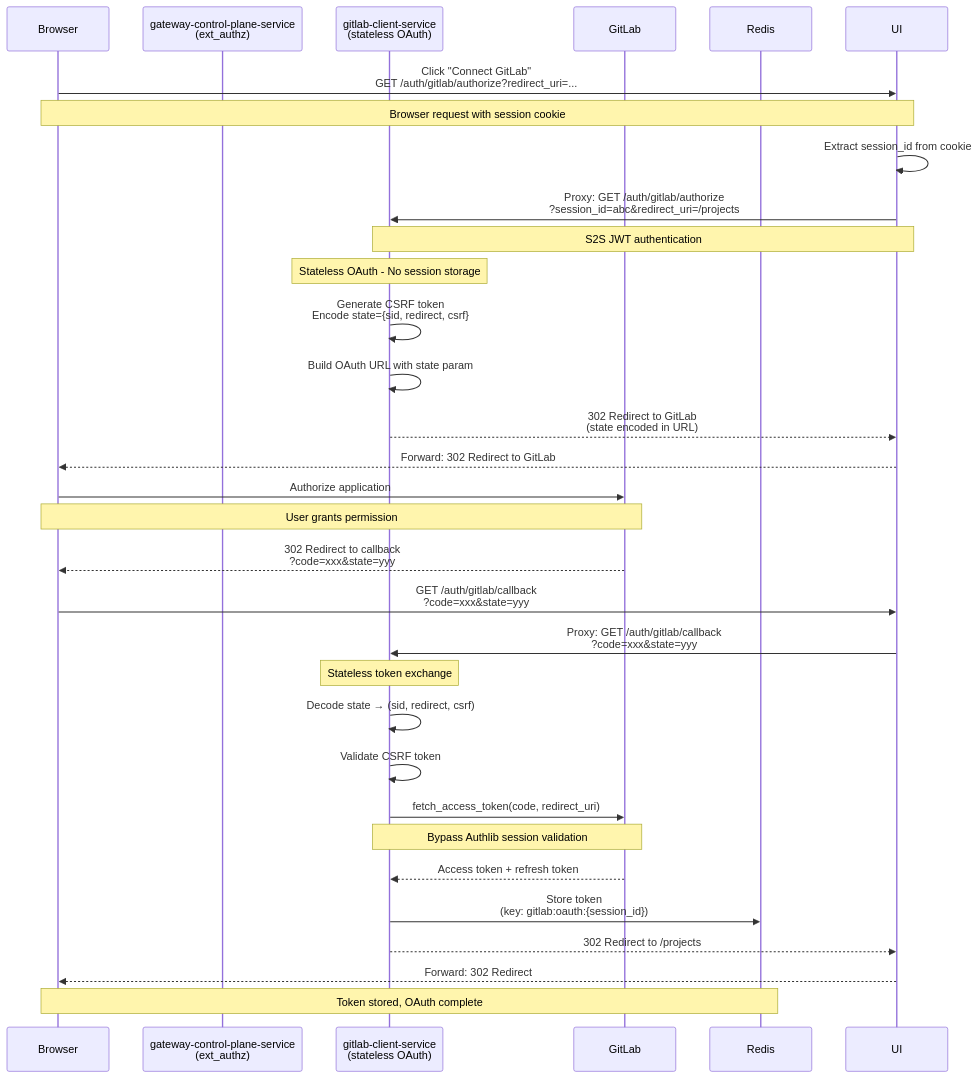
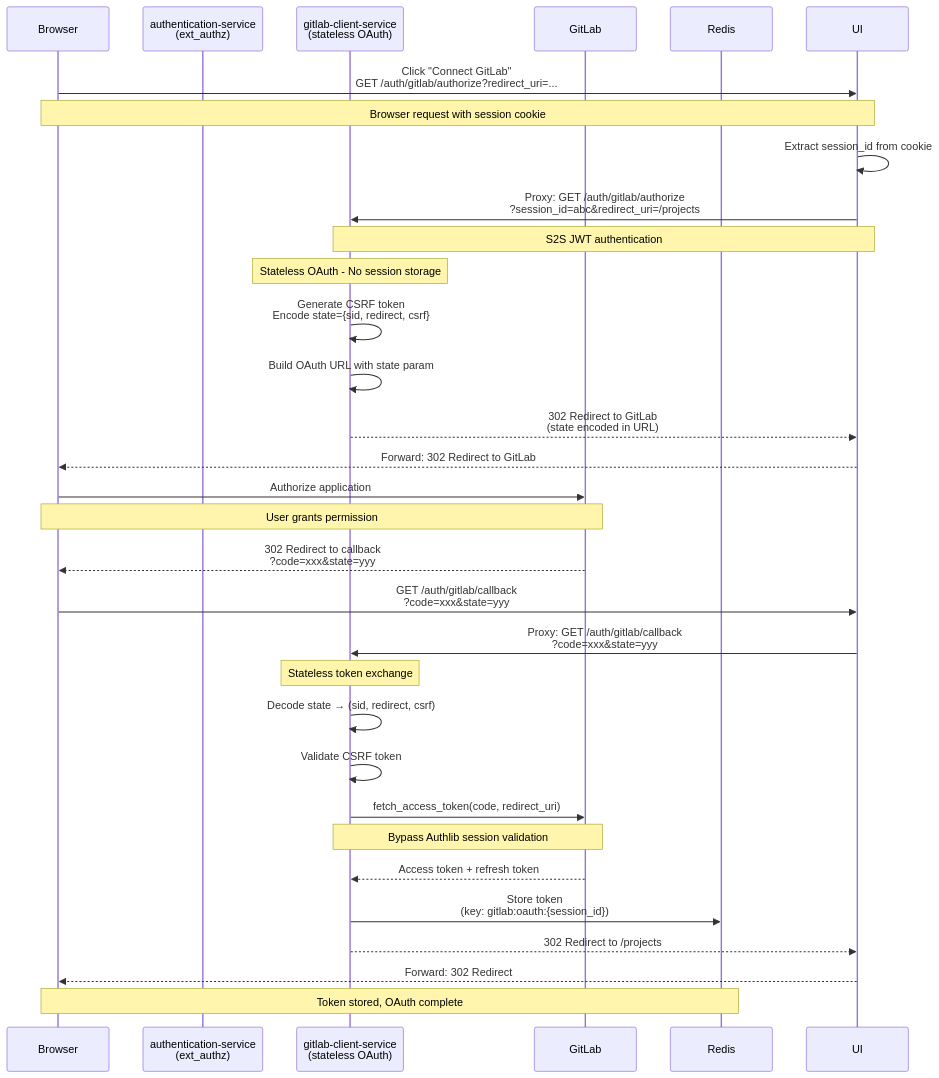
Before and after one commit to vladavilov/playground: the second of 6 diagrams in git-epic-creator/services/gitlab_client_service/README.md, drawn with Mermaid. The commit also changed other lines of this file and 321 other files, not shown here.

````diff
--- a/git-epic-creator/services/gitlab_client_service/README.md
+++ b/git-epic-creator/services/gitlab_client_service/README.md
@@ -240,41 +240,41 @@
 ```mermaid
 sequenceDiagram
     participant Browser
-    participant ControlPlane as gateway-control-plane-service<br/>(ext_authz)
+    participant ControlPlane as authentication-service<br/>(ext_authz)
     participant GCS as gitlab-client-service<br/>(stateless OAuth)
     participant GitLab
     participant Redis
 
     Browser->>UI: Click "Connect GitLab"<br/>GET /auth/gitlab/authorize?redirect_uri=...
     Note over Browser,UI: Browser request with session cookie
     
     UI->>UI: Extract session_id from cookie
     UI->>GCS: Proxy: GET /auth/gitlab/authorize<br/>?session_id=abc&redirect_uri=/projects
     Note over UI,GCS: S2S JWT authentication
     
     Note over GCS: Stateless OAuth - No session storage
     GCS->>GCS: Generate CSRF token<br/>Encode state={sid, redirect, csrf}
     GCS->>GCS: Build OAuth URL with state param
     GCS-->>UI: 302 Redirect to GitLab<br/>(state encoded in URL)
     UI-->>Browser: Forward: 302 Redirect to GitLab
     
     Browser->>GitLab: Authorize application
     Note over Browser,GitLab: User grants permission
     GitLab-->>Browser: 302 Redirect to callback<br/>?code=xxx&state=yyy
     
     Browser->>UI: GET /auth/gitlab/callback<br/>?code=xxx&state=yyy
     UI->>GCS: Proxy: GET /auth/gitlab/callback<br/>?code=xxx&state=yyy
     
     Note over GCS: Stateless token exchange
     GCS->>GCS: Decode state → (sid, redirect, csrf)
     GCS->>GCS: Validate CSRF token
     GCS->>GitLab: fetch_access_token(code, redirect_uri)
     Note over GCS,GitLab: Bypass Authlib session validation
     GitLab-->>GCS: Access token + refresh token
     
     GCS->>Redis: Store token<br/>(key: gitlab:oauth:{session_id})
     GCS-->>UI: 302 Redirect to /projects
     UI-->>Browser: Forward: 302 Redirect
     
     Note over Browser,Redis: Token stored, OAuth complete
 ```
````
